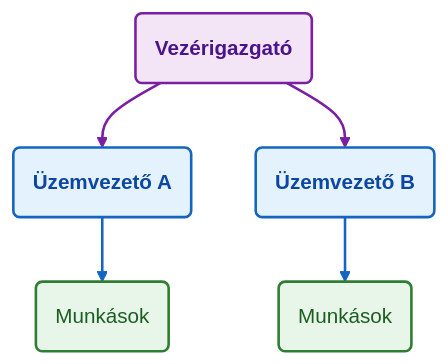
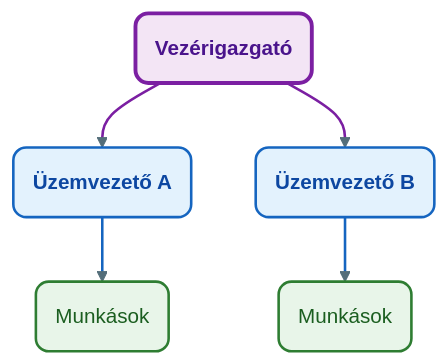
One commit to denespocsik/MM_BSC_Zarovizsga changed the first of 4 diagrams in Tételek/K04-GMXMD1MBLF-Szervezetek, szervezeti formák.tétel.md. Above: the diagram before and after it, drawn with Mermaid. The commit also changed other lines of this file and 34 other files, not shown here.

First line of the commit message:
style(tételek): egységes vizuális arculat a Mermaid-diagramokhoz

````diff
--- a/Tételek/K04-GMXMD1MBLF-Szervezetek, szervezeti formák.tétel.md
+++ b/Tételek/K04-GMXMD1MBLF-Szervezetek, szervezeti formák.tétel.md
@@ -49,24 +49,21 @@
 ```mermaid
 graph TD
-    VIG("<b>Vezérigazgató</b>")
-    UVA("<b>Üzemvezető A</b>")
-    UVB("<b>Üzemvezető B</b>")
-    MA("Munkások")
-    MB("Munkások")
+    VIG("<b>Vezérigazgató</b>"):::lilaH
+    UVA("<b>Üzemvezető A</b>"):::kek
+    UVB("<b>Üzemvezető B</b>"):::kek
+    MA("Munkások"):::zold
+    MB("Munkások"):::zold
 
     VIG --> UVA
     VIG --> UVB
     UVA --> MA
     UVB --> MB
 
-    classDef vigNode fill:#f3e5f5,stroke:#7b1fa2,stroke-width:2px,color:#4a148c;
-    classDef uvNode  fill:#e3f2fd,stroke:#1565c0,stroke-width:2px,color:#0d47a1;
-    classDef mNode   fill:#e8f5e9,stroke:#2e7d32,stroke-width:2px,color:#1b5e20;
+    classDef kek   fill:#e3f2fd,stroke:#1565c0,stroke-width:2px,color:#0d47a1,rx:10,ry:10;
+    classDef zold  fill:#e8f5e9,stroke:#2e7d32,stroke-width:2px,color:#1b5e20,rx:10,ry:10;
+    classDef lilaH fill:#f3e5f5,stroke:#7b1fa2,stroke-width:3px,color:#4a148c,rx:10,ry:10;
 
-    class VIG vigNode;
-    class UVA,UVB uvNode;
-    class MA,MB mNode;
-
+    linkStyle default stroke:#546e7a,stroke-width:2px;
     linkStyle 0,1 stroke:#7b1fa2,stroke-width:2px;
     linkStyle 2,3 stroke:#1565c0,stroke-width:2px;
 ```
````
